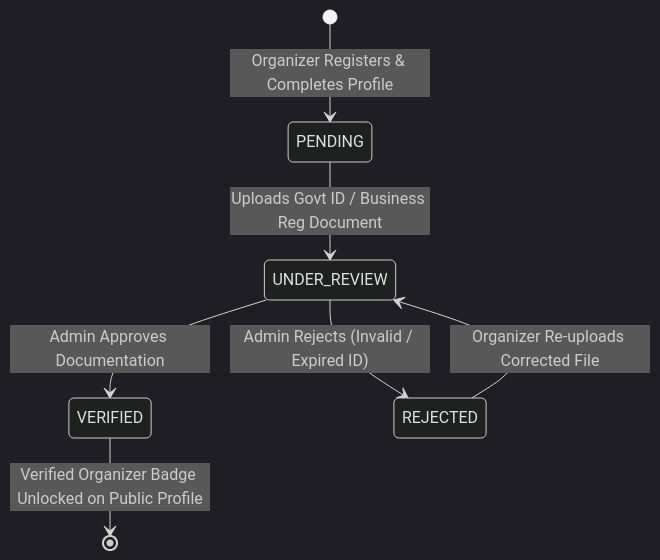
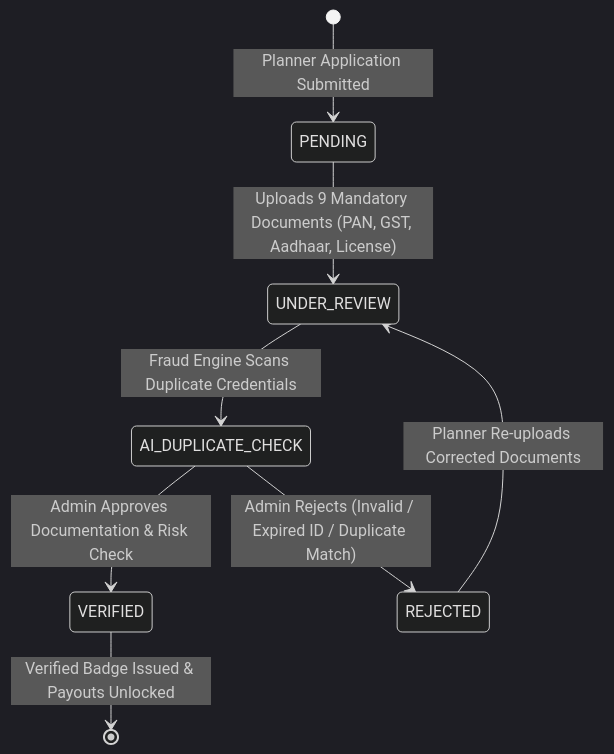
One commit to sawantyash07/Beacon changed the third of 3 diagrams in README.md. Above: the diagram before and after it, drawn with Mermaid (dark theme). The commit also changed other lines of this file and 19 other files, not shown here.

````diff
--- a/README.md
+++ b/README.md
@@ -183,9 +190,10 @@
 ```mermaid
 stateDiagram-v2
-    [*] --> PENDING: Organizer Registers & Completes Profile
-    PENDING --> UNDER_REVIEW: Uploads Govt ID / Business Reg Document
-    UNDER_REVIEW --> VERIFIED: Admin Approves Documentation
-    UNDER_REVIEW --> REJECTED: Admin Rejects (Invalid / Expired ID)
-    REJECTED --> UNDER_REVIEW: Organizer Re-uploads Corrected File
-    VERIFIED --> [*]: Verified Organizer Badge Unlocked on Public Profile
+    [*] --> PENDING: Planner Application Submitted
+    PENDING --> UNDER_REVIEW: Uploads 9 Mandatory Documents (PAN, GST, Aadhaar, License)
+    UNDER_REVIEW --> AI_DUPLICATE_CHECK: Fraud Engine Scans Duplicate Credentials
+    AI_DUPLICATE_CHECK --> VERIFIED: Admin Approves Documentation & Risk Check
+    AI_DUPLICATE_CHECK --> REJECTED: Admin Rejects (Invalid / Expired ID / Duplicate Match)
+    REJECTED --> UNDER_REVIEW: Planner Re-uploads Corrected Documents
+    VERIFIED --> [*]: Verified Badge Issued & Payouts Unlocked
 ```
````
